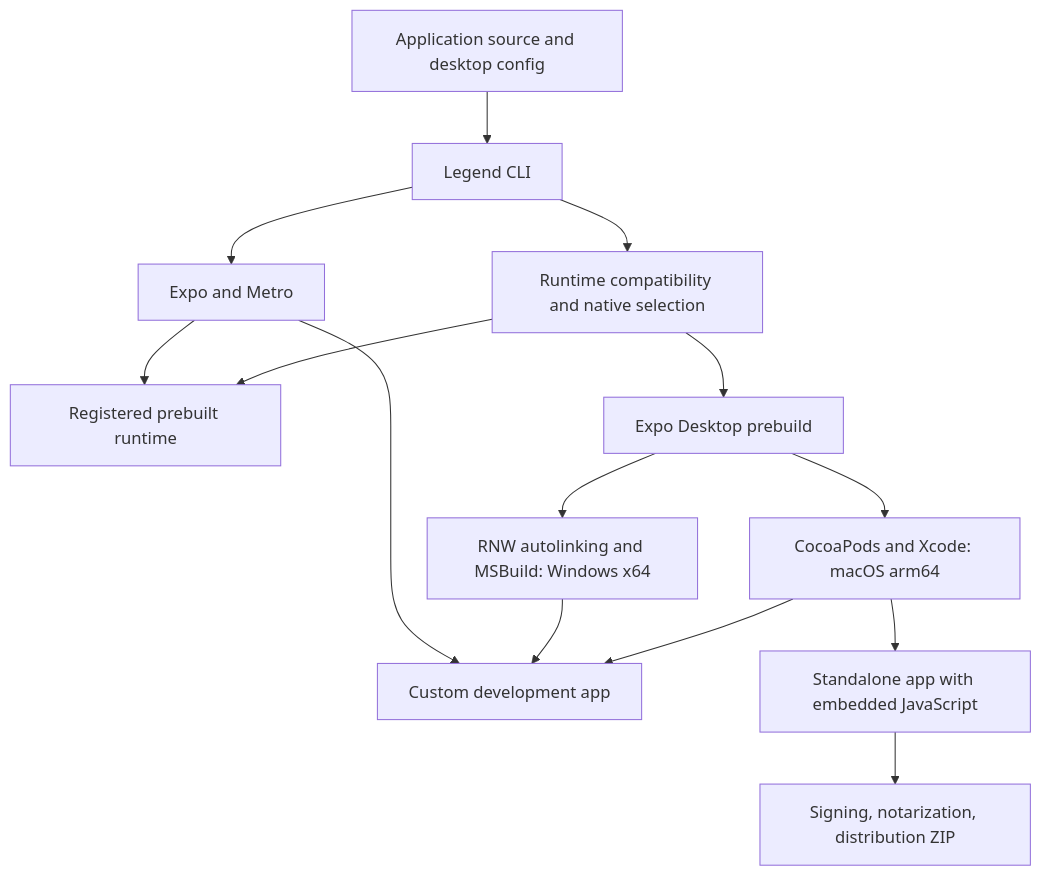
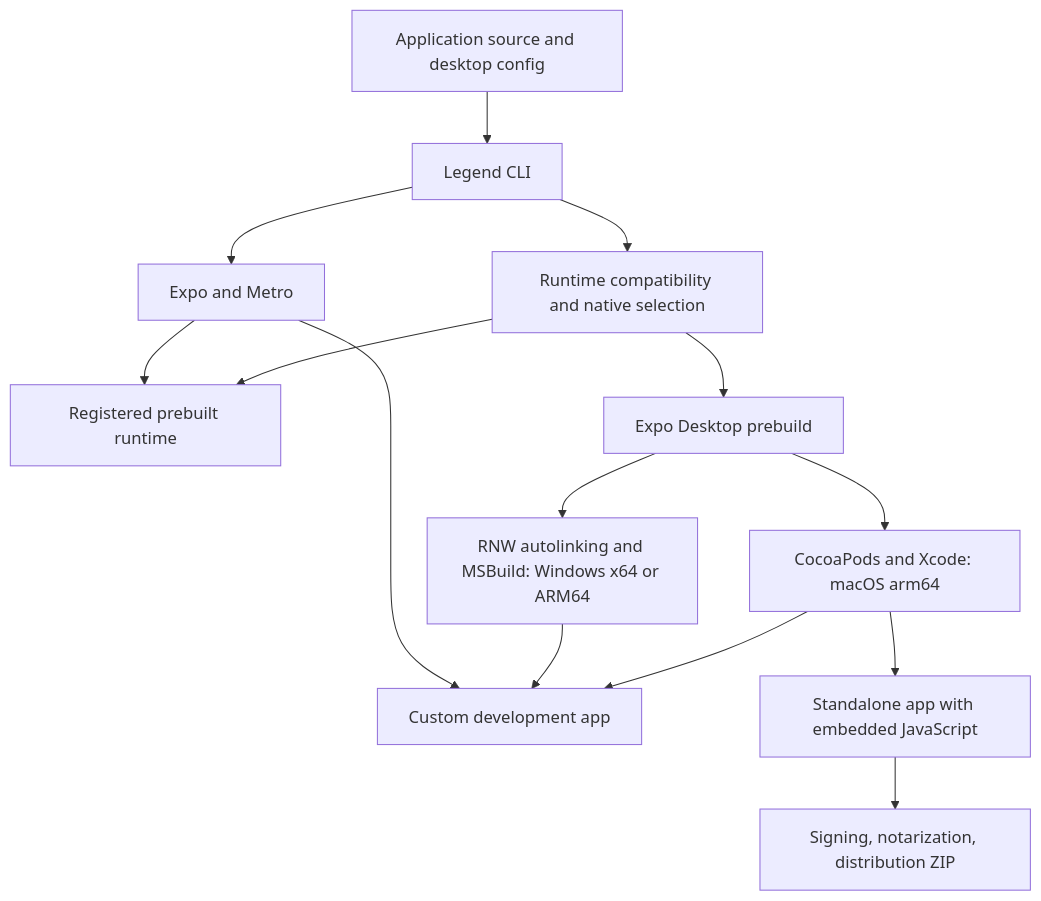
One commit to LegendApp/legend-frame changed the diagram in ARCHITECTURE.md. Above: the diagram before and after it, drawn with Mermaid. The commit also changed other lines of this file and 9 other files, not shown here.

First line of the commit message:
feat: support Windows ARM64 development builds on Parallels

````diff
--- a/ARCHITECTURE.md
+++ b/ARCHITECTURE.md
@@ -20,16 +20,16 @@
 ```mermaid
 flowchart TD
   App[Application source and desktop config] --> CLI[Legend CLI]
   CLI --> Metro[Expo and Metro]
   CLI --> Check[Runtime compatibility and native selection]
   Check --> prebuilt[Registered prebuilt runtime]
   Check --> Build[Expo Desktop prebuild]
   Build --> Mac[CocoaPods and Xcode: macOS arm64]
-  Build --> Win[RNW autolinking and MSBuild: Windows x64]
+  Build --> Win[RNW autolinking and MSBuild: Windows x64 or ARM64]
   Mac --> Dev[Custom development app]
   Win --> Dev
   Mac --> Release[Standalone app with embedded JavaScript]
   Metro --> prebuilt
   Metro --> Dev
   Release --> Package[Signing, notarization, distribution ZIP]
 ```
````
